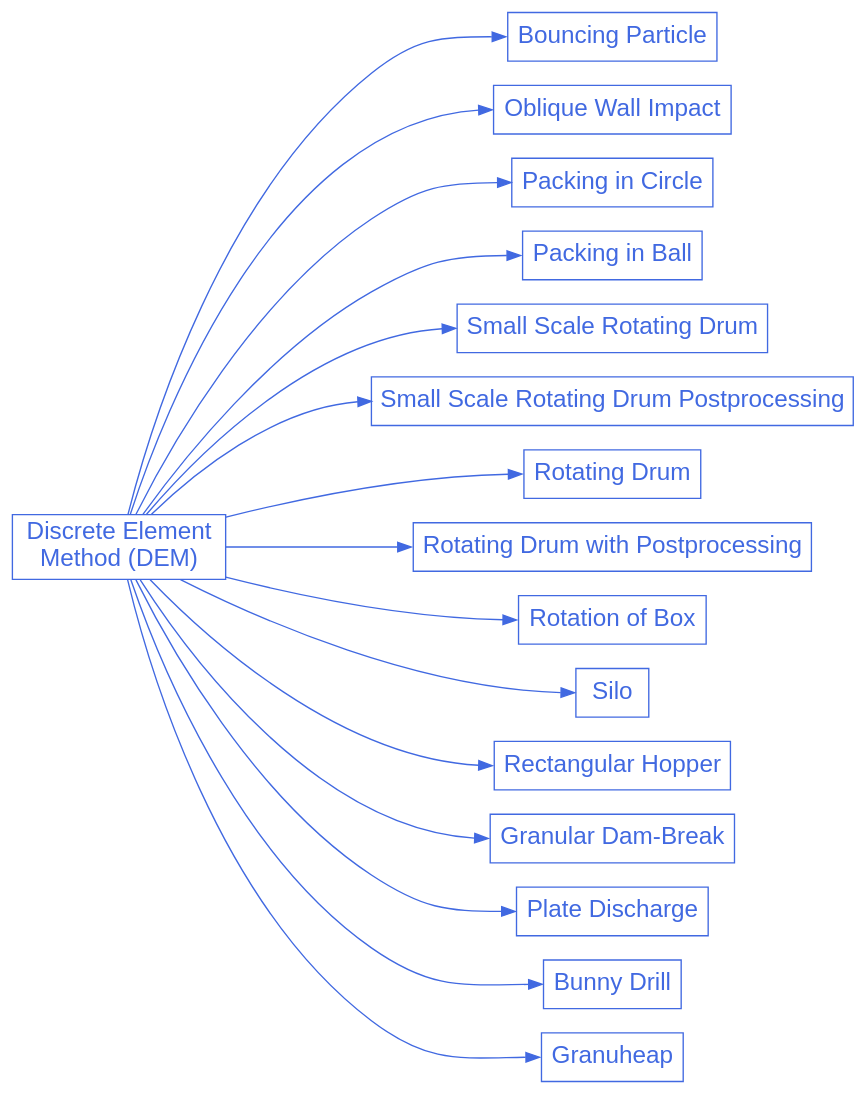
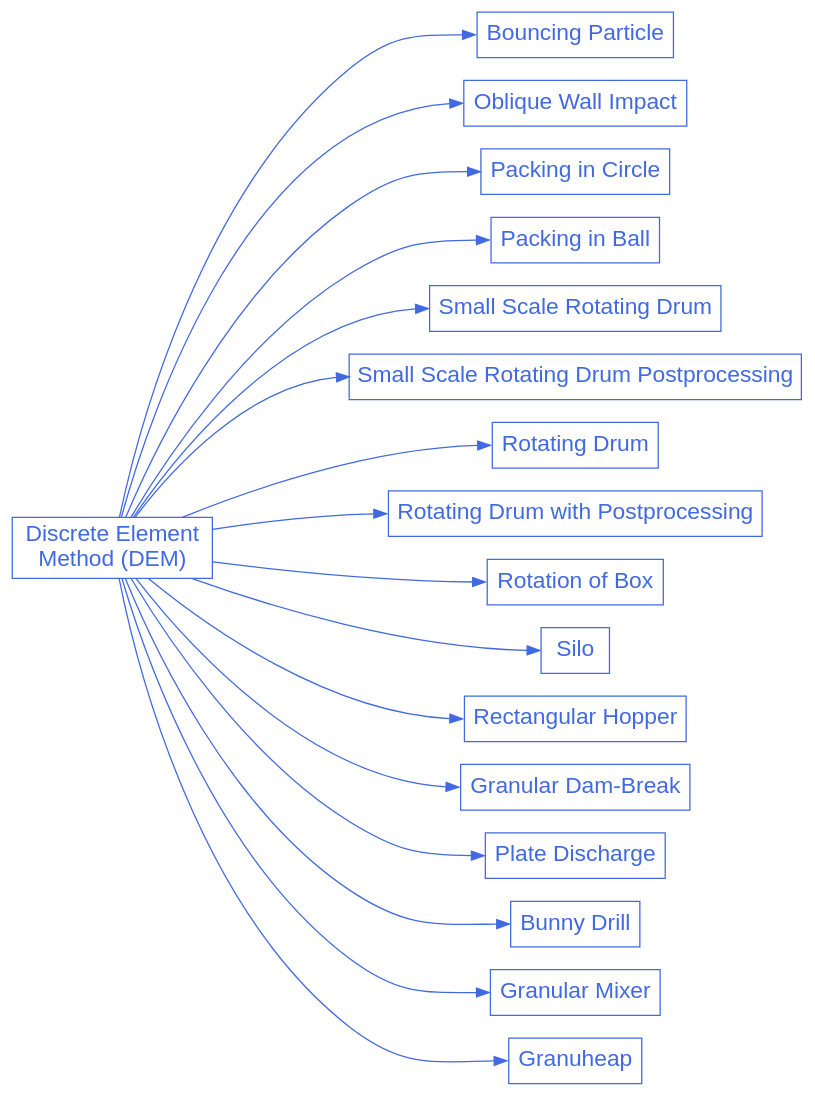
The diagram in doc/source/examples/dem/dem.rst (chaos-polymtl/lethe), drawn with Graphviz before and after one commit.

Commit message:
Fix label for the granuheap example

```diff
--- a/doc/source/examples/dem/dem.rst
+++ b/doc/source/examples/dem/dem.rst
@@ -29,59 +29,60 @@
 .. graphviz:: 
 
     digraph dem_diagram {
       graph [bgcolor="transparent", align=true, ranksep=1.5];
       node [fontname=Arial, fontsize=18, shape=box, fontcolor=royalblue, color=royalblue];
       edge [color=royalblue];
       rankdir="LR";
       size = "9,9";
       
       dem [label="Discrete Element \nMethod (DEM)", href="https://chaos-polymtl.github.io/lethe/documentation/examples/dem/dem.html"];
 
       dem_1 [label="Bouncing Particle", href="https://chaos-polymtl.github.io/lethe/documentation/examples/dem/bouncing-particle/bouncing-particle.html"];
 
       dem_2 [label="Oblique Wall Impact", href="https://chaos-polymtl.github.io/lethe/documentation/examples/dem/oblique-wall-impact/oblique-wall-impact.html"];
 
       dem_3 [label="Packing in Circle", href="https://chaos-polymtl.github.io/lethe/documentation/examples/dem/packing-in-circle/packing-in-circle.html"];
 
       dem_4 [label="Packing in Ball", href="https://chaos-polymtl.github.io/lethe/documentation/examples/dem/packing-in-ball/packing-in-ball.html"];
 
       dem_5 [label="Small Scale Rotating Drum", href="https://chaos-polymtl.github.io/lethe/documentation/examples/dem/small-scale-rotating-drum/small-scale-rotating-drum.html"];
     
       dem_6 [label="Small Scale Rotating Drum Postprocessing", href="https://chaos-polymtl.github.io/lethe/documentation/examples/dem/small-scale-rotating-drum-postprocessing/small-scale-rotating-drum-postprocessing.html"];
 
       dem_7 [label="Rotating Drum", href="https://chaos-polymtl.github.io/lethe/documentation/examples/dem/rotating-drum/rotating-drum.html"];
 
       dem_8 [label="Rotating Drum with Postprocessing", href="https://chaos-polymtl.github.io/lethe/documentation/examples/dem/rotating-drum-with-postprocessing/rotating-drum-with-postprocessing.html"];
 
       dem_9 [label="Rotation of Box", href="https://chaos-polymtl.github.io/lethe/documentation/examples/dem/rotation-of-box/rotation-of-box.html"];
 
       dem_10 [label="Silo", href="https://chaos-polymtl.github.io/lethe/documentation/examples/dem/silo/silo.html"]; 
 
       dem_11 [label="Rectangular Hopper", href="https://chaos-polymtl.github.io/lethe/documentation/examples/dem/rectangular-hopper/rectangular-hopper.html"];
 
       dem_12 [label="Granular Dam-Break", href="https://chaos-polymtl.github.io/lethe/documentation/examples/dem/granular-dam-break/granular-dam-break.html"];
 
       dem_13 [label="Plate Discharge", href="https://chaos-polymtl.github.io/lethe/documentation/examples/dem/plate-discharge/plate-discharge.html"];
 
       dem_14 [label="Bunny Drill", href="https://chaos-polymtl.github.io/lethe/documentation/examples/dem/bunny-drill/bunny-drill.html"];
 
       dem_15 [label="Granular Mixer", href="https://chaos-polymtl.github.io/lethe/documentation/examples/dem/granular-mixer/granular-mixer.html"];
 
-      dem_15 [label="Granuheap", href="https://chaos-polymtl.github.io/lethe/documentation/examples/dem/granuheap/granuheap.html"];
+      dem_16 [label="Granuheap", href="https://chaos-polymtl.github.io/lethe/documentation/examples/dem/granuheap/granuheap.html"];
 
       dem -> dem_1:w;
       dem -> dem_2:w;
       dem -> dem_3:w;
       dem -> dem_4:w;
       dem -> dem_5:w;
       dem -> dem_6:w;
       dem -> dem_7:w;
       dem -> dem_8:w;
       dem -> dem_9:w;
       dem -> dem_10:w;
       dem -> dem_11:w;
       dem -> dem_12:w;
       dem -> dem_13:w;
       dem -> dem_14:w;
       dem -> dem_15:w;
+      dem -> dem_16:w;
     }
```
